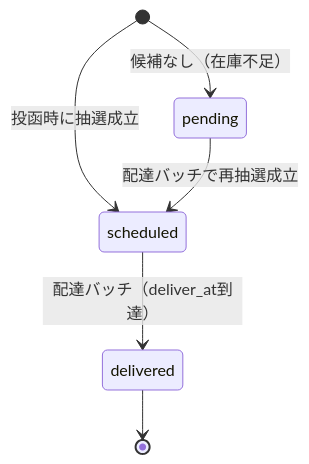
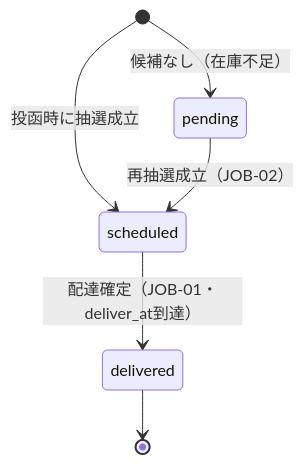
Before and after one commit to yasudaProduct/machibin: the second of 2 diagrams in docs/06_database_design.md, drawn with Mermaid. The commit also changed other lines of this file and 1 other file, not shown here.

Commit message:
基本設計: 通知設計書を追加、DB設計書の表記を整合
- 09 通知設計書: NT-01〜03の仕様・配信アーキテクチャ・トークン管理・OS権限
- 06 DB設計書: 交換状態遷移図のジョブ名(JOB-01/02)表記とTBL-10補足を09と整合

Claude-Session: https://claude.ai/code/session_01LJ3xjGq3zKqxxSdo37mMDM

````diff
--- a/docs/06_database_design.md
+++ b/docs/06_database_design.md
@@ -206,8 +206,8 @@
 ```mermaid
 stateDiagram-v2
     [*] --> scheduled : 投函時に抽選成立
     [*] --> pending : 候補なし（在庫不足）
-    pending --> scheduled : 配達バッチで再抽選成立
-    scheduled --> delivered : 配達バッチ（deliver_at到達）
+    pending --> scheduled : 再抽選成立（JOB-02）
+    scheduled --> delivered : 配達確定（JOB-01・deliver_at到達）
     delivered --> [*]
 ```
````
